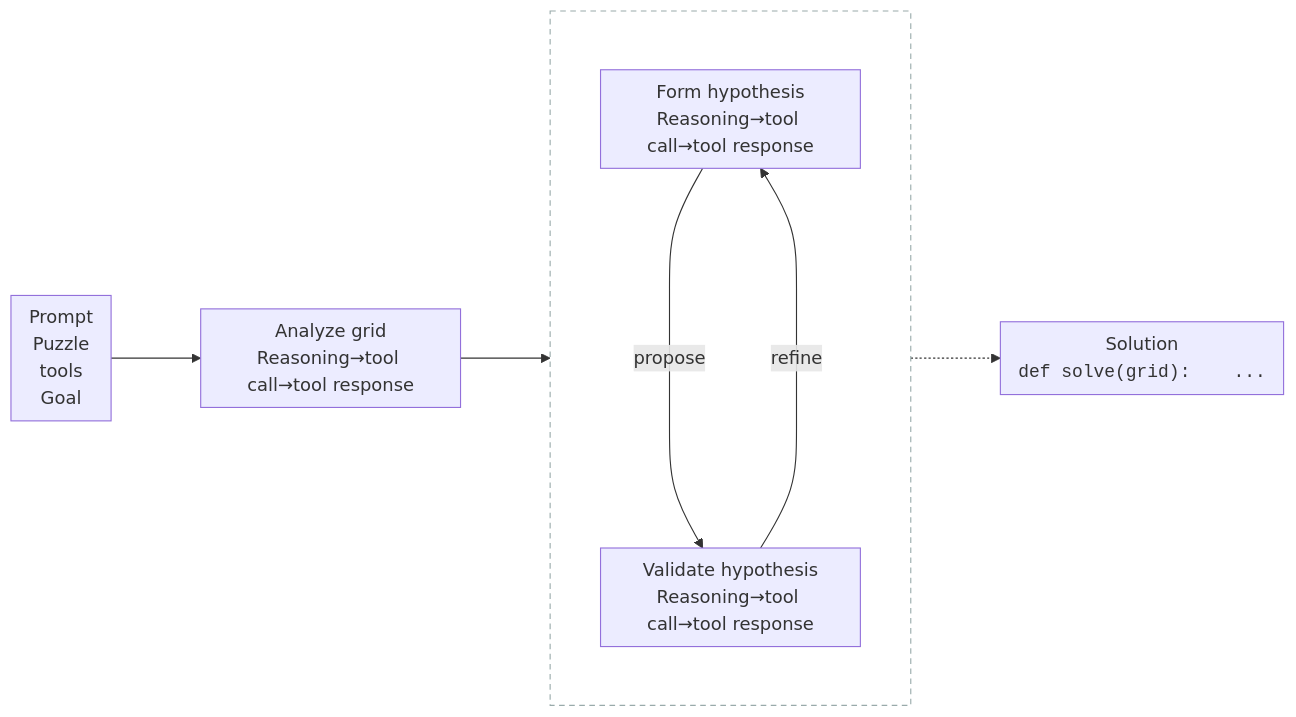
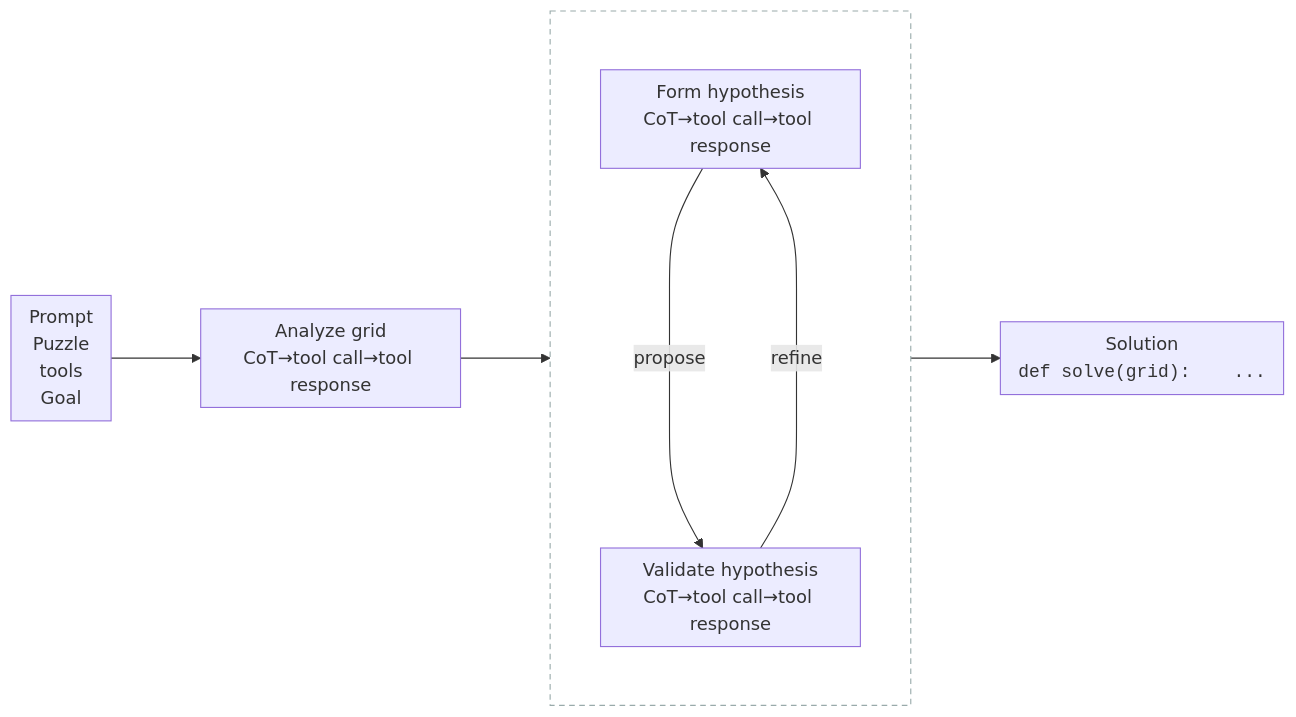
One commit to pivotools/arc-agi-presentation changed the second of 2 diagrams in posts/agentic_coding_arc_agi/presentation.qmd. Above: the diagram before and after it, drawn with Mermaid. The commit also changed other lines of this file, not shown here.

Commit message:
interleaved thinking mermaid done

````diff
--- a/posts/agentic_coding_arc_agi/presentation.qmd
+++ b/posts/agentic_coding_arc_agi/presentation.qmd
@@ -338,23 +367,23 @@
 ```{mermaid}
 %%| fig-align: center
 %%{init: {"flowchart": {"curve": "basis", "htmlLabels": true, "nodeSpacing": 70, "rankSpacing": 80, "padding": 0}} }%%
 flowchart LR
     Prompt["<div class='cardLabel'><div class='boxHeader'>Prompt</div><div class='boxBody'><div>Puzzle</div><div>tools</div><div>Goal</div></div></div>"]
-    Step1["<div class='cardLabel'><div class='boxHeader'>Analyze grid</div><div class='boxBody horizontal'><span class='subBox'>Reasoning</span><span class='arrow'>→</span><span class='subBox'>tool call</span><span class='arrow'>→</span><span class='subBox'>tool response</span></div></div>"]
+    Analyze["<div class='cardLabel'><div class='boxHeader'>Analyze grid</div><div class='boxBody horizontal'><span class='subBox'>CoT</span><span class='arrow'>→</span><span class='subBox'>tool call</span><span class='arrow'>→</span><span class='subBox'>tool response</span></div></div>"]
     Solution["<div class='cardLabel'><div class='boxHeader'>Solution</div><div class='boxBody'><code><span class='py-kw'>def</span>&nbsp;<span class='py-fn'>solve</span>(grid):</code><code>&nbsp;&nbsp;&nbsp;&nbsp;...</code></div></div>"]
 
     subgraph Loop[" "]
         direction TB
-        Step2["<div class='cardLabel'><div class='boxHeader'>Form hypothesis</div><div class='boxBody horizontal'><span class='subBox'>Reasoning</span><span class='arrow'>→</span><span class='subBox'>tool call</span><span class='arrow'>→</span><span class='subBox'>tool response</span></div></div>"]
-        Step3["<div class='cardLabel'><div class='boxHeader'>Validate hypothesis</div><div class='boxBody horizontal'><span class='subBox'>Reasoning</span><span class='arrow'>→</span><span class='subBox'>tool call</span><span class='arrow'>→</span><span class='subBox'>tool response</span></div></div>"]
-        Step2 -->|propose| Step3
-        Step3 ---->|refine| Step2
+        FormHypo["<div class='cardLabel'><div class='boxHeader'>Form hypothesis</div><div class='boxBody horizontal'><span class='subBox'>CoT</span><span class='arrow'>→</span><span class='subBox'>tool call</span><span class='arrow'>→</span><span class='subBox'>tool response</span></div></div>"]
+        Validate["<div class='cardLabel'><div class='boxHeader'>Validate hypothesis</div><div class='boxBody horizontal'><span class='subBox'>CoT</span><span class='arrow'>→</span><span class='subBox'>tool call</span><span class='arrow'>→</span><span class='subBox'>tool response</span></div></div>"]
+        FormHypo -->|propose| Validate
+        Validate ---->|refine| FormHypo
     end
 
-    Prompt --> Step1
-    Step1 --> Loop
-    Loop -.-> Solution
+    Prompt --> Analyze
+    Analyze --> Loop
+    Loop --> Solution
 
     classDef loopRegion fill:none,stroke:#9aa,stroke-dasharray:5 4;
     class Loop loopRegion;
 ```
````
